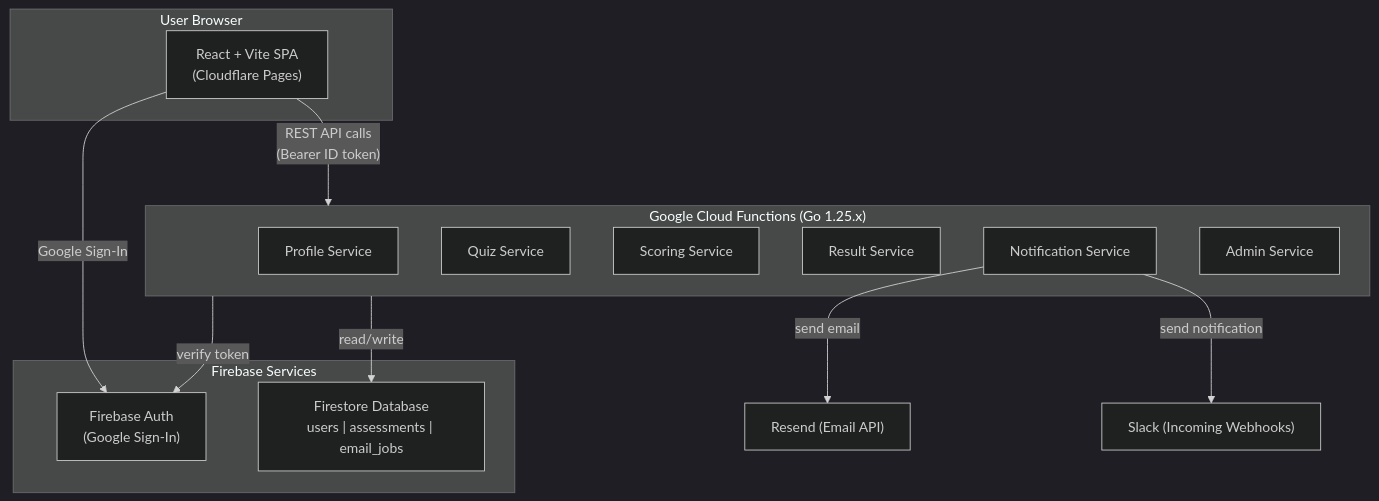
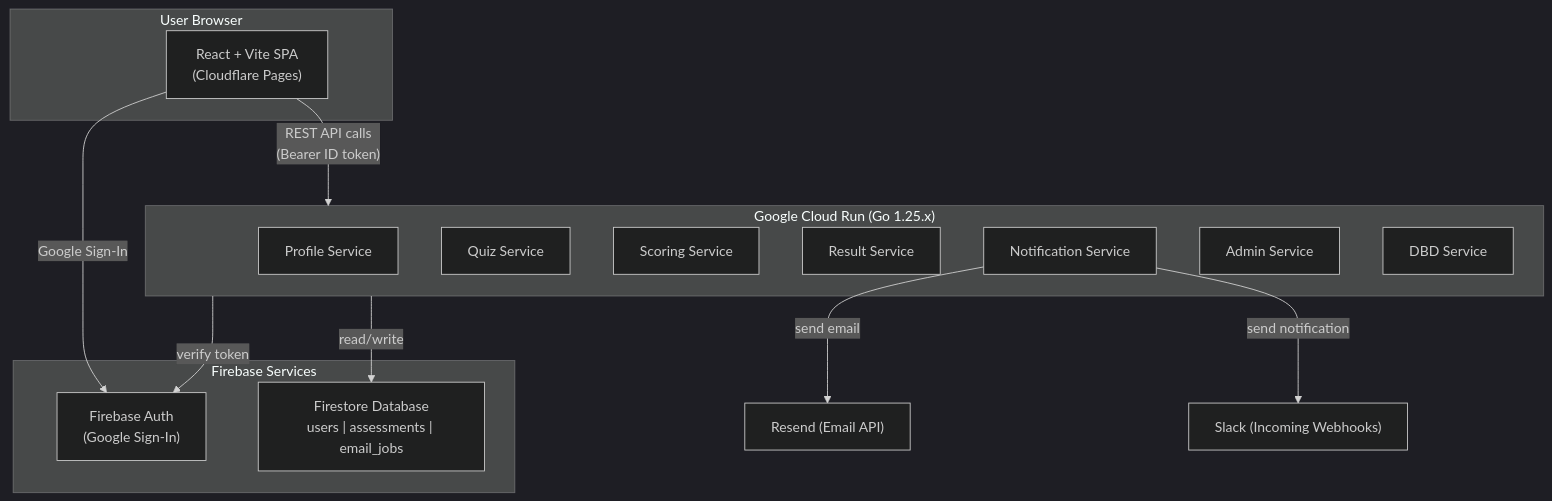
Before and after one commit to sathittham/factory-sync-solutions: the diagram in docs/architecture.md, drawn with Mermaid (dark theme). The commit also changed other lines of this file and 52 other files, not shown here.

````diff
--- a/docs/architecture.md
+++ b/docs/architecture.md
@@ -128,30 +129,31 @@
 ```mermaid
 graph TD
     subgraph Browser["User Browser"]
         SPA["React + Vite SPA<br/>(Cloudflare Pages)"]
     end
 
     subgraph Firebase["Firebase Services"]
         AUTH["Firebase Auth<br/>(Google Sign-In)"]
         FS["Firestore Database<br/>users | assessments | email_jobs"]
     end
 
-    subgraph GCF["Google Cloud Functions (Go 1.25.x)"]
+    subgraph GCR["Google Cloud Run (Go 1.25.x)"]
         PS[Profile Service]
         QS[Quiz Service]
         SS[Scoring Service]
         RS[Result Service]
         NS[Notification Service]
         AS[Admin Service]
+        DS[DBD Service]
     end
 
     RESEND["Resend (Email API)"]
     SLACK["Slack (Incoming Webhooks)"]
 
     SPA -- "Google Sign-In" --> AUTH
-    SPA -- "REST API calls<br/>(Bearer ID token)" --> GCF
-    GCF -- "verify token" --> AUTH
-    GCF -- "read/write" --> FS
+    SPA -- "REST API calls<br/>(Bearer ID token)" --> GCR
+    GCR -- "verify token" --> AUTH
+    GCR -- "read/write" --> FS
     NS -- "send email" --> RESEND
     NS -- "send notification" --> SLACK
 ```
````
